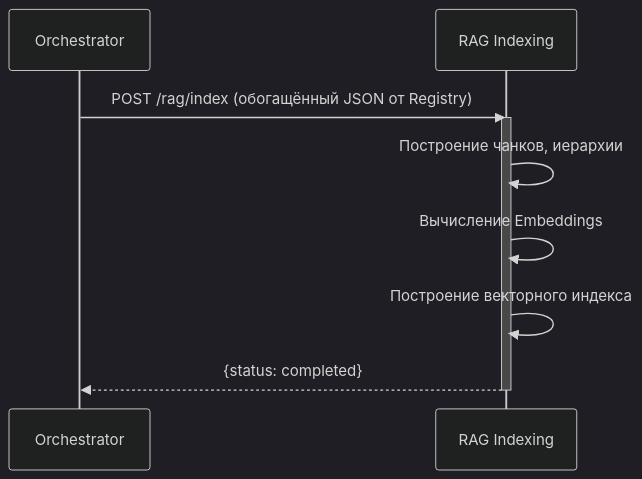
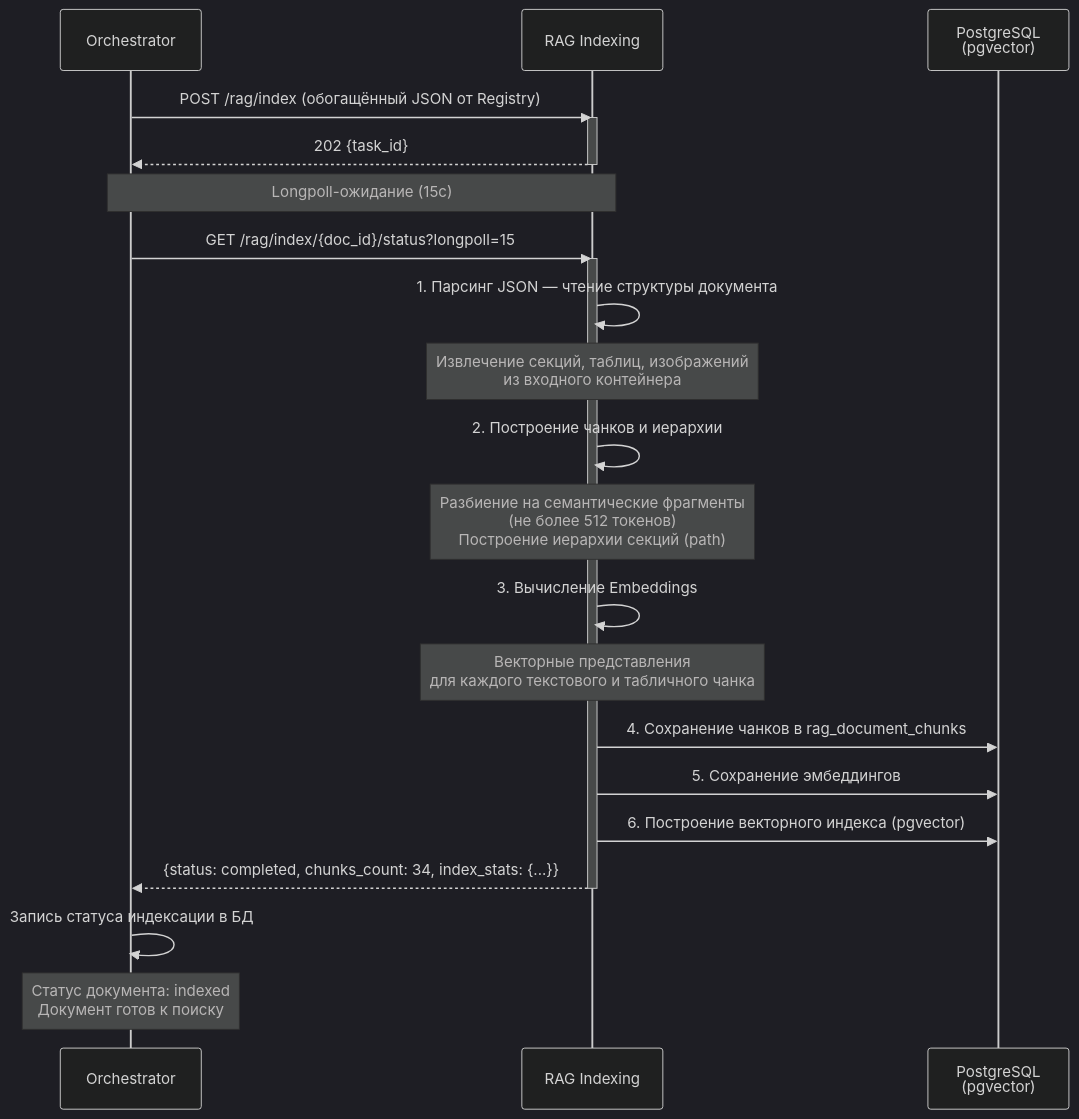
The diagram in docs/pipelines/pipeline2-indexation.md (MasterKSAF/PKB), drawn with Mermaid (dark theme) before and after one commit. The commit also changed other lines of this file and 3 other files, not shown here.

First line of the commit message:
docs: add 9 missing diagrams and specifications to pipeline docs

````diff
--- a/docs/pipelines/pipeline2-indexation.md
+++ b/docs/pipelines/pipeline2-indexation.md
@@ -7,13 +7,35 @@
 ```mermaid
 sequenceDiagram
     participant Orch as Orchestrator
     participant RAGi as RAG Indexing
+    participant DB as PostgreSQL<br/>(pgvector)
 
     Orch->>RAGi: POST /rag/index (обогащённый JSON от Registry)
     activate RAGi
-    RAGi->>RAGi: Построение чанков, иерархии
-    RAGi->>RAGi: Вычисление Embeddings
-    RAGi->>RAGi: Построение векторного индекса
-    RAGi-->>Orch: {status: completed}
+    RAGi-->>Orch: 202 {task_id}
     deactivate RAGi
+
+    Note over Orch,RAGi: Longpoll-ожидание (15с)
+
+    Orch->>RAGi: GET /rag/index/{doc_id}/status?longpoll=15
+    activate RAGi
+
+    RAGi->>RAGi: 1. Парсинг JSON — чтение структуры документа
+    Note over RAGi: Извлечение секций, таблиц, изображений<br/>из входного контейнера
+
+    RAGi->>RAGi: 2. Построение чанков и иерархии
+    Note over RAGi: Разбиение на семантические фрагменты<br/>(не более 512 токенов)<br/>Построение иерархии секций (path)
+
+    RAGi->>RAGi: 3. Вычисление Embeddings
+    Note over RAGi: Векторные представления<br/>для каждого текстового и табличного чанка
+
+    RAGi->>DB: 4. Сохранение чанков в rag_document_chunks
+    RAGi->>DB: 5. Сохранение эмбеддингов
+    RAGi->>DB: 6. Построение векторного индекса (pgvector)
+
+    RAGi-->>Orch: {status: completed, chunks_count: 34, index_stats: {...}}
+    deactivate RAGi
+
+    Orch->>Orch: Запись статуса индексации в БД
+    Note over Orch: Статус документа: indexed<br/>Документ готов к поиску
 ```
````
